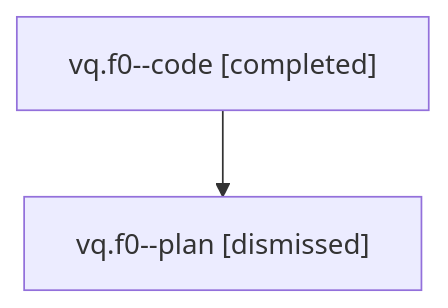
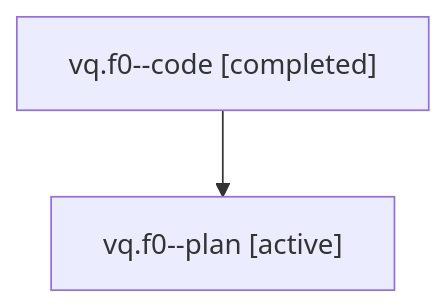
The diagram in families/bbugyi200.athena.vq.f0.md (sase-org/sase--agents), drawn with Mermaid before and after one commit. The commit also changed other lines of this file and 35830 other files, not shown here.

````diff
--- a/families/bbugyi200.athena.vq.f0.md
+++ b/families/bbugyi200.athena.vq.f0.md
@@ -9,6 +9,6 @@
 ```mermaid
 flowchart TD
   n0["vq.f0--code [completed]"]
-  n1["vq.f0--plan [dismissed]"]
+  n1["vq.f0--plan [active]"]
   n0 --> n1
 ```
````
